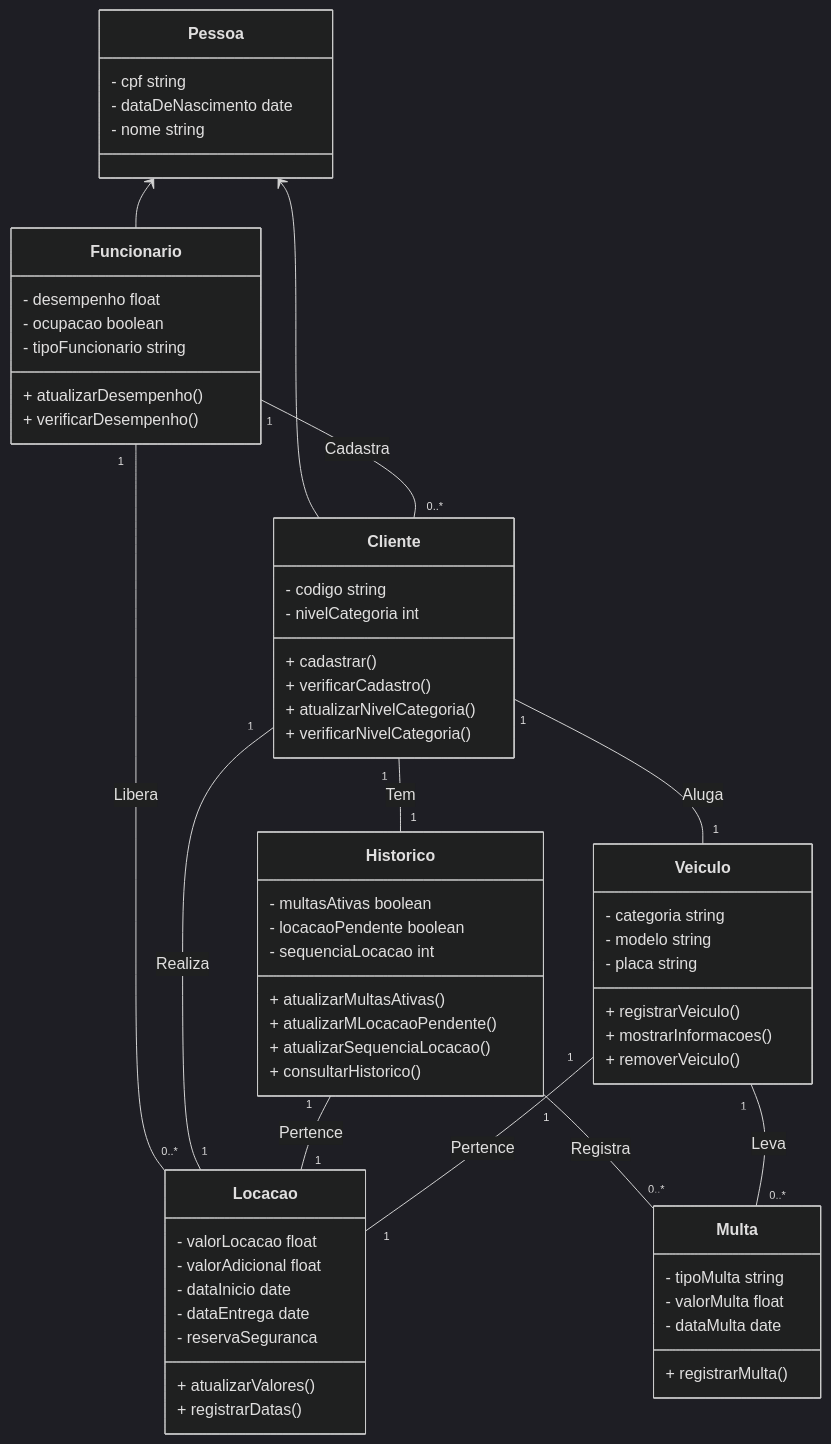
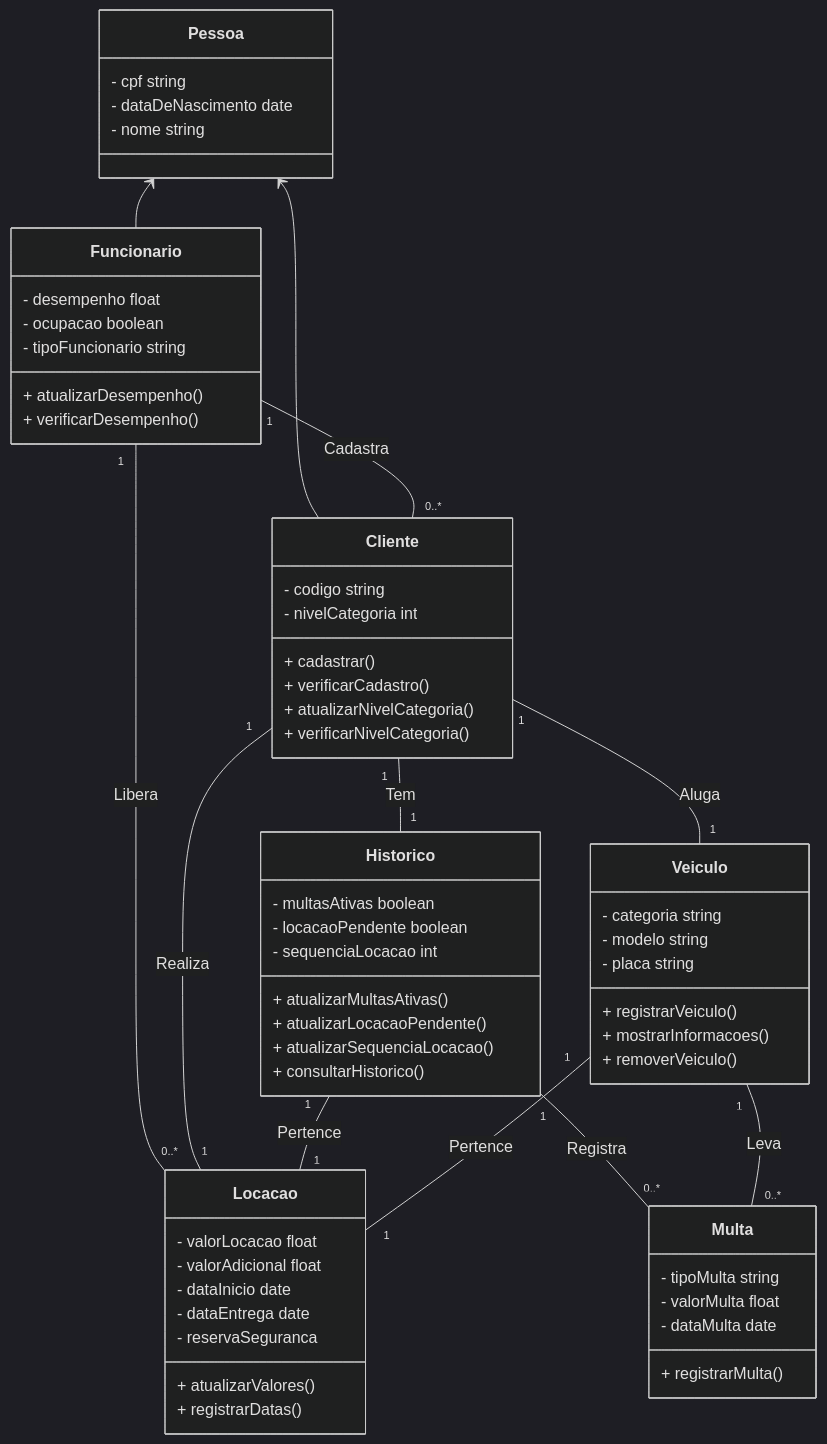
The diagram in README.md (iagorosa28/mod_software), drawn with Mermaid (dark theme) before and after one commit.

````diff
--- a/README.md
+++ b/README.md
@@ -62,73 +62,73 @@
 ```mermaid
 classDiagram
   Pessoa <-- Cliente
   Pessoa <-- Funcionario
   Funcionario "1" -- "0..*" Cliente : Cadastra
   Funcionario "1" -- "0..*" Locacao : Libera
   Cliente "1" -- "1" Locacao : Realiza
   Cliente "1" -- "1" Veiculo : Aluga
   Cliente "1" -- "1" Historico : Tem
   Historico "1" -- "1" Locacao : Pertence
   Historico "1" -- "0..*" Multa : Registra
   Veiculo "1" -- "1" Locacao : Pertence
   Veiculo "1" -- "0..*" Multa : Leva
 
   class Pessoa{
   - cpf string
   - dataDeNascimento date
   - nome string
   }
 
   class Cliente{
   - codigo string
   - nivelCategoria int
   + cadastrar()
   + verificarCadastro()
   + atualizarNivelCategoria()
   + verificarNivelCategoria()
   }
 
   class Funcionario{
   - desempenho float
   - ocupacao boolean
   - tipoFuncionario string
   + atualizarDesempenho()
   + verificarDesempenho()
   }
 
   class Historico{
   - multasAtivas boolean
   - locacaoPendente boolean
   - sequenciaLocacao int
   + atualizarMultasAtivas()
-  + atualizarMLocacaoPendente()
+  + atualizarLocacaoPendente()
   + atualizarSequenciaLocacao()
   + consultarHistorico()
   }
 
   class Locacao{
   - valorLocacao float
   - valorAdicional float
   - dataInicio date
   - dataEntrega date
   - reservaSeguranca
   + atualizarValores()
   + registrarDatas()
   }
 
   class Veiculo{
   - categoria string
   - modelo string
   - placa string
   + registrarVeiculo()
   + mostrarInformacoes()
   + removerVeiculo()
   }
 
   class Multa{
   - tipoMulta string
   - valorMulta float
   - dataMulta date
   + registrarMulta()
   }
 ```
````
